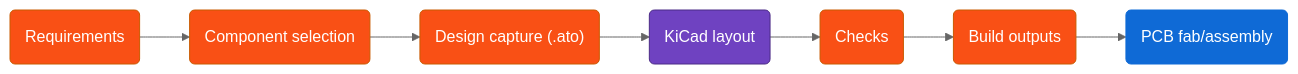
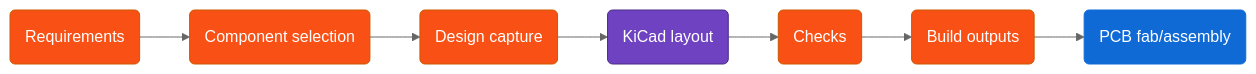
The diagram in README.md (atopile/atopile), drawn with Mermaid (neutral theme) before and after one commit.

Commit message:
formatting

````diff
--- a/README.md
+++ b/README.md
@@ -97,19 +97,19 @@
 ```mermaid
 graph LR
   A("Requirements"):::atopile
   B("Component selection"):::atopile
-  C("Design capture (.ato)"):::atopile
+  C("Design capture"):::atopile
   D("KiCad layout"):::kicad
   E("Checks"):::atopile
   F("Build outputs"):::atopile
   G("PCB fab/assembly"):::jlc
 
   A --> B --> C --> D --> E --> F --> G
 
   class A,B,C,E,F atopile;
   class D kicad;
   class G jlc;
   classDef atopile fill:#F95015,stroke:#C85A00,color:#ffffff;
   classDef kicad fill:#6F42C1,stroke:#4B2B86,color:#ffffff;
   classDef jlc fill:#0F6AD6,stroke:#0F6AD6,color:#ffffff;
 ```
````
